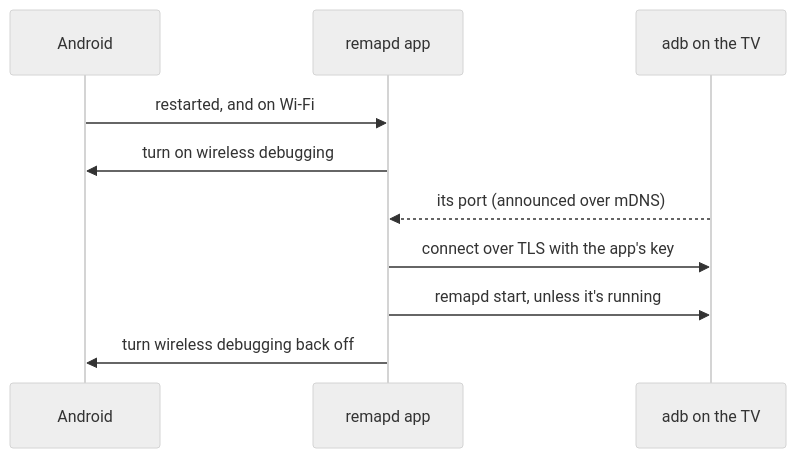
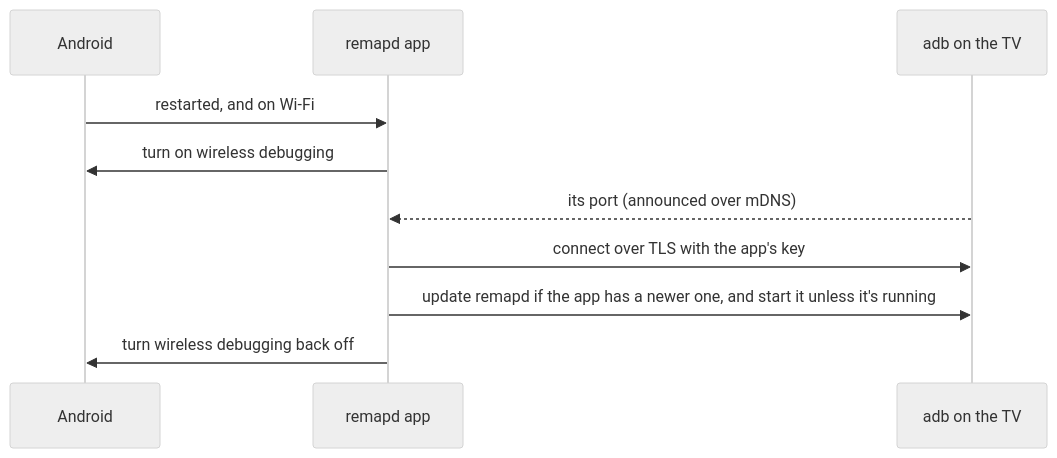
Before and after one commit to gureetk/remapd: the third of 3 diagrams in README.md, drawn with Mermaid (neutral theme). The commit also changed other lines of this file and 18 other files, not shown here.

````diff
--- a/README.md
+++ b/README.md
@@ -158,12 +117,12 @@
 ```mermaid
 sequenceDiagram
     participant TV as Android
     participant App as remapd app
     participant adbd as adb on the TV
     TV->>App: restarted, and on Wi-Fi
     App->>TV: turn on wireless debugging
     adbd-->>App: its port (announced over mDNS)
     App->>adbd: connect over TLS with the app's key
-    App->>adbd: remapd start, unless it's running
+    App->>adbd: update remapd if the app has a newer one, and start it unless it's running
     App->>TV: turn wireless debugging back off
 ```
````
